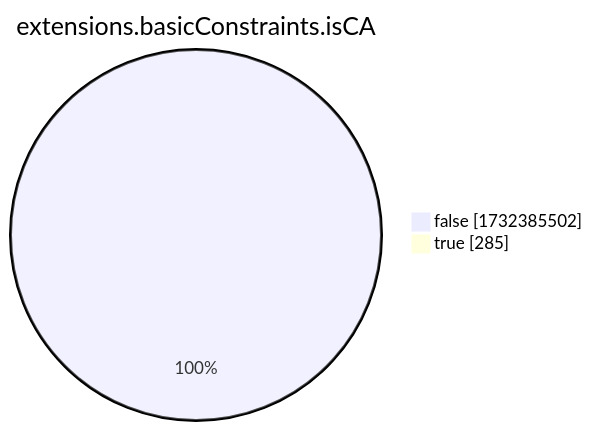
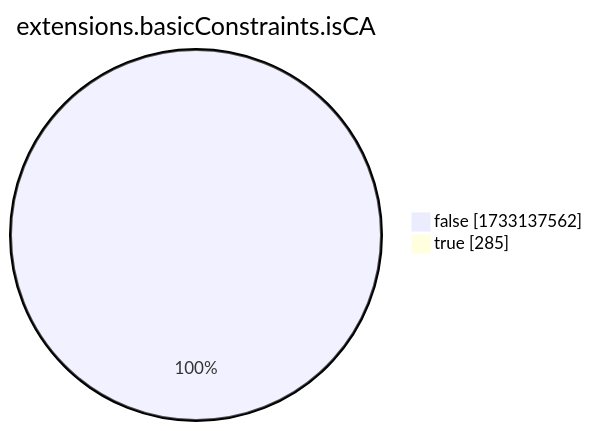
The eighth of 15 diagrams in xenon2022/README.md (christiankrug/ctmonitor_visualization), drawn with Mermaid before and after one commit. The commit also changed other lines of this file, not shown here.

````diff
--- a/xenon2022/README.md
+++ b/xenon2022/README.md
@@ -2867,6 +2867,6 @@
 ```mermaid
 pie showData
 title extensions.basicConstraints.isCA
-"false" :1732385502
+"false" :1733137562
 "true" :285
 ```
````
